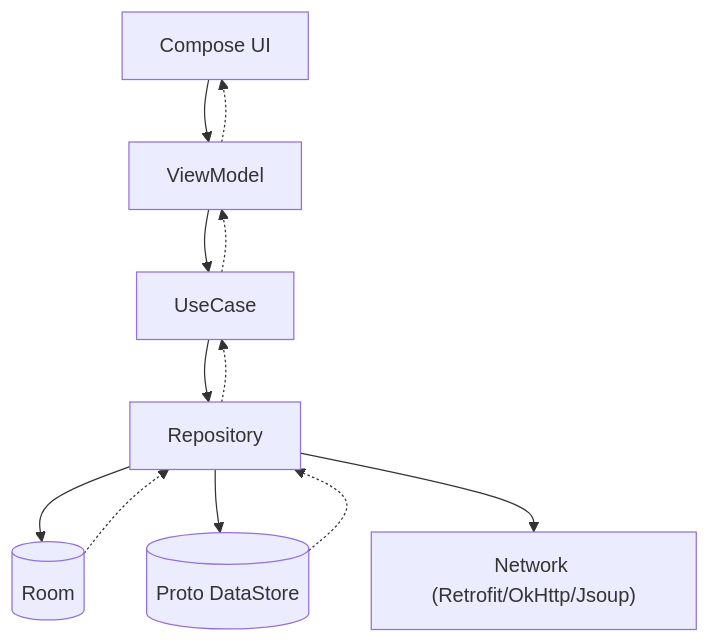
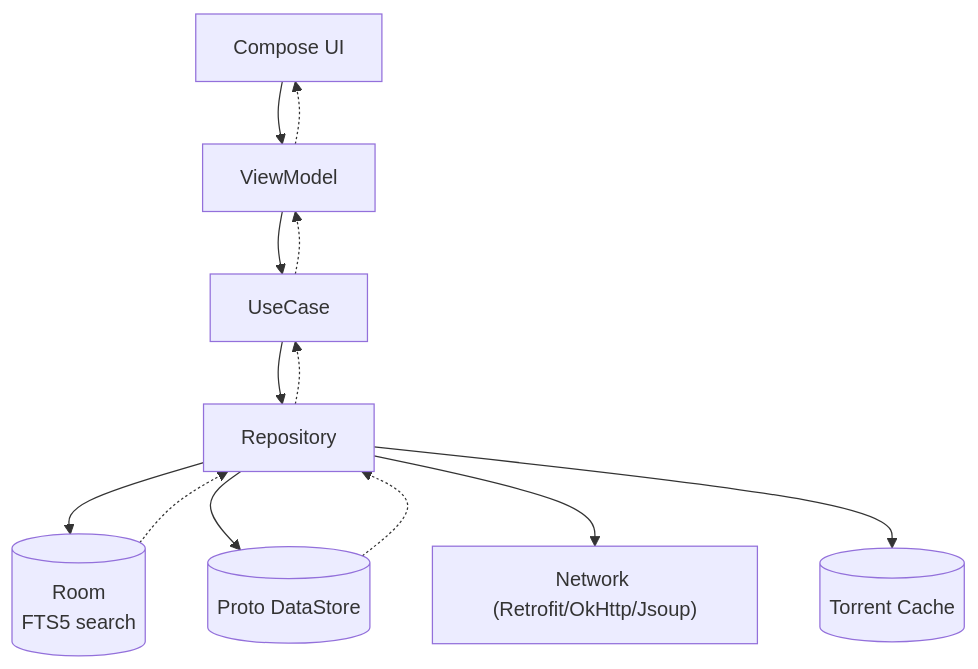
The fourth of 5 diagrams in README.md (Gosayram/jabook), drawn with Mermaid before and after one commit. The commit also changed other lines of this file, not shown here.

````diff
--- a/README.md
+++ b/README.md
@@ -157,20 +204,22 @@
 ```mermaid
 flowchart TB
     UI[Compose UI]
     VM[ViewModel]
     UC[UseCase]
     REPO[Repository]
-    ROOM[(Room)]
+    ROOM[(Room\n FTS5 search)]
     DS[(Proto DataStore)]
     NET["Network (Retrofit/OkHttp/Jsoup)"]
+    TORRENT[(Torrent Cache)]
 
     UI --> VM --> UC --> REPO
     REPO --> ROOM
     REPO --> DS
     REPO --> NET
+    REPO --> TORRENT
     ROOM -.-> REPO
     DS -.-> REPO
     REPO -.-> UC
     UC -.-> VM
     VM -.-> UI
 ```
````
